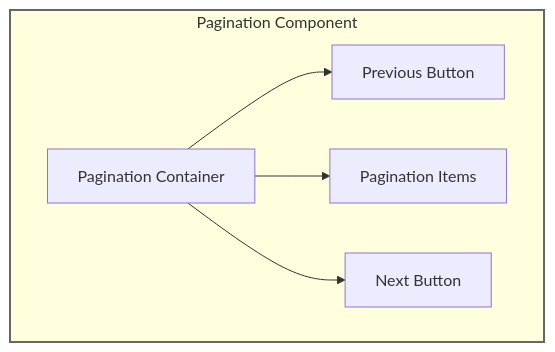
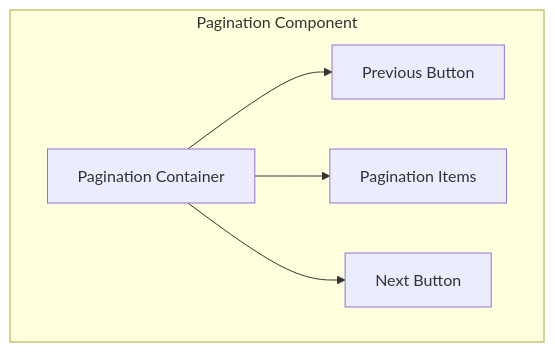
The diagram in content/en/patterns/navigation/pagination.mdx (thedaviddias/ux-patterns-for-developers), drawn with Mermaid before and after one commit. The commit also changed other lines of this file and 3 other files, not shown here.

````diff
--- a/content/en/patterns/navigation/pagination.mdx
+++ b/content/en/patterns/navigation/pagination.mdx
@@ -47,10 +47,8 @@
 ```mermaid
 flowchart TB
   subgraph Pagination[Pagination Component]
     A[Pagination Container] --> B[Previous Button]
     A --> C[Pagination Items]
     A --> D[Next Button]
   end
-  classDef container stroke:#666,stroke-width:2px
-  class Pagination container
 ```
````
